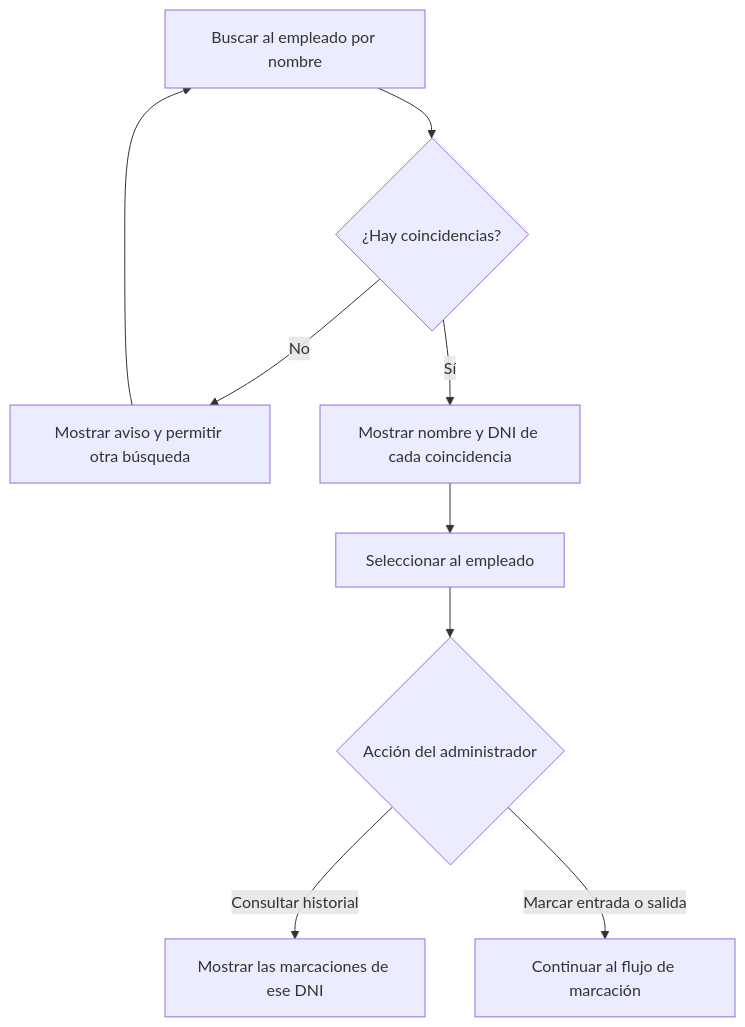
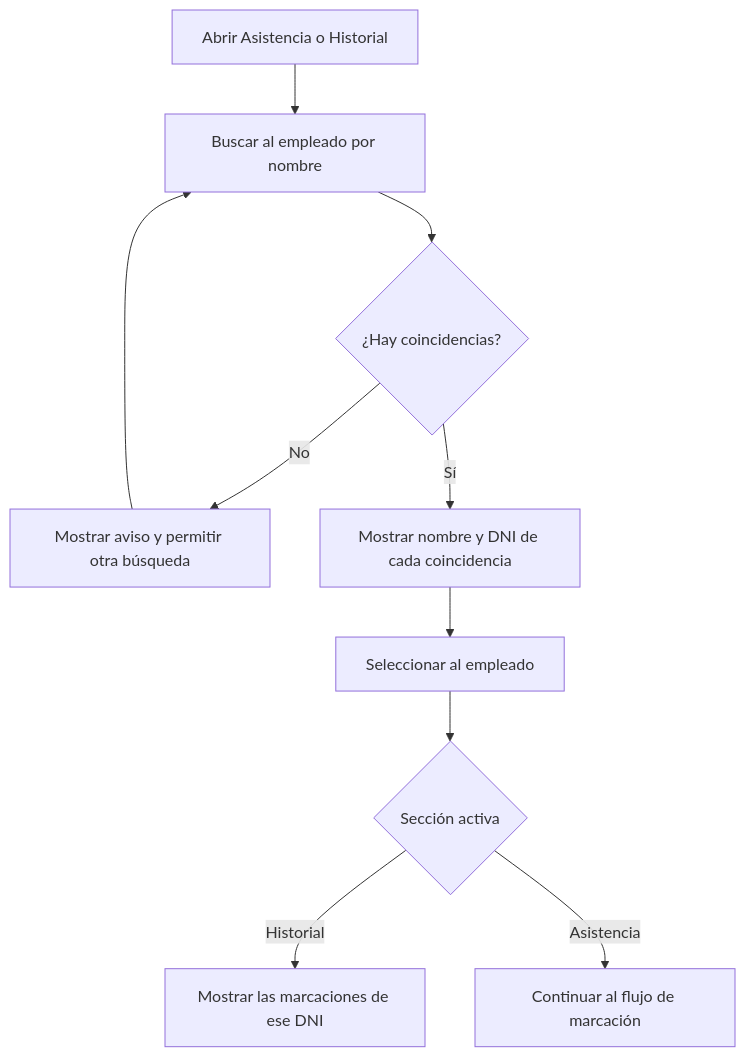
One commit to steveespinoza/Registro-de-Asistencia changed the third of 4 diagrams in docs/06-Arquitectura/Flujos.md. Above: the diagram before and after it, drawn with Mermaid. The commit also changed other lines of this file and 22 other files, not shown here.

Commit message:
Agrega navegación lateral y limita las marcaciones diarias

````diff
--- a/docs/06-Arquitectura/Flujos.md
+++ b/docs/06-Arquitectura/Flujos.md
@@ -37,11 +39,12 @@
 ```mermaid
 flowchart TD
+    S["Abrir Asistencia o Historial"] --> A
     A["Buscar al empleado por nombre"] --> B{"¿Hay coincidencias?"}
     B -->|No| C["Mostrar aviso y permitir otra búsqueda"]
     C --> A
     B -->|Sí| D["Mostrar nombre y DNI de cada coincidencia"]
     D --> E["Seleccionar al empleado"]
-    E --> F{"Acción del administrador"}
-    F -->|Consultar historial| G["Mostrar las marcaciones de ese DNI"]
-    F -->|Marcar entrada o salida| H["Continuar al flujo de marcación"]
+    E --> F{"Sección activa"}
+    F -->|Historial| G["Mostrar las marcaciones de ese DNI"]
+    F -->|Asistencia| H["Continuar al flujo de marcación"]
 ```
````
